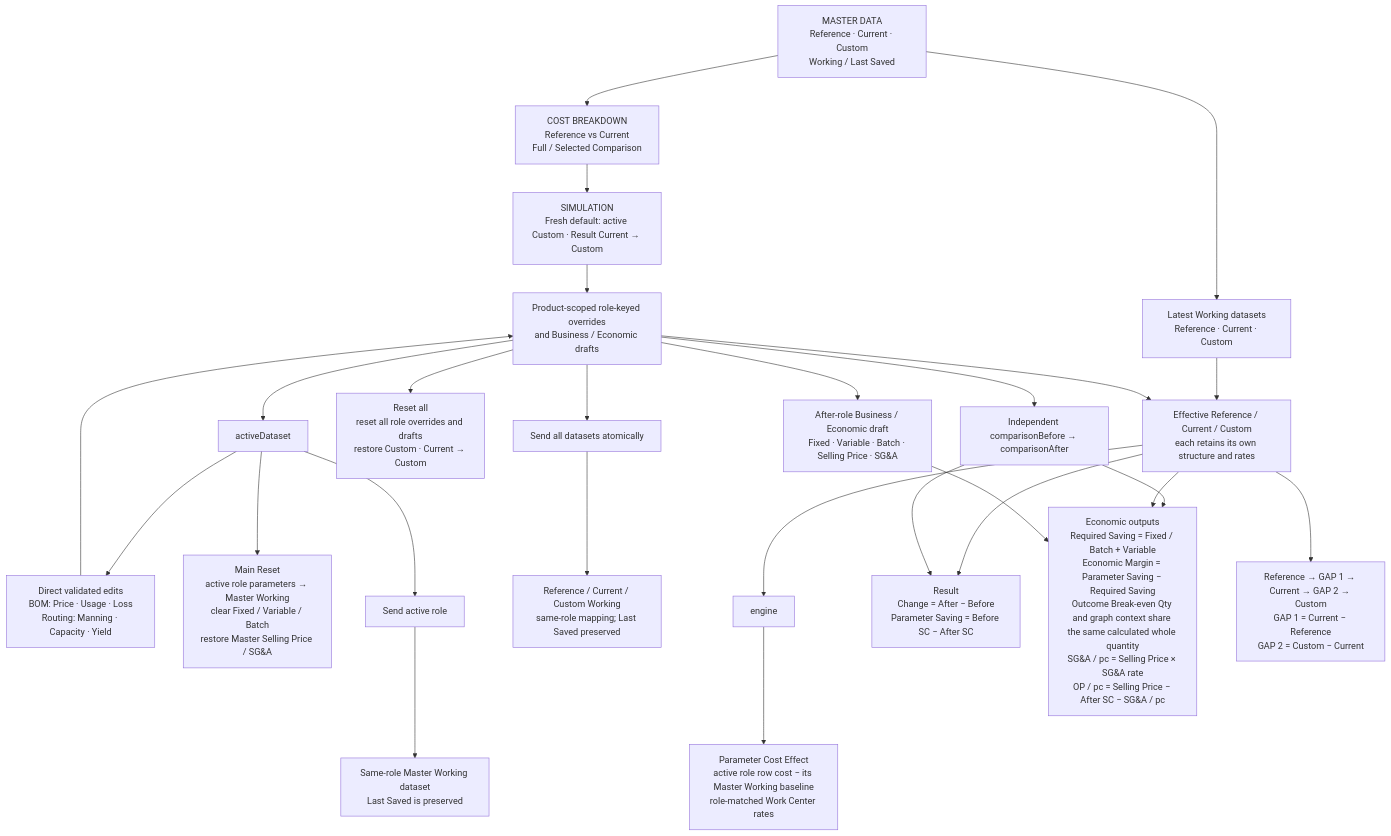
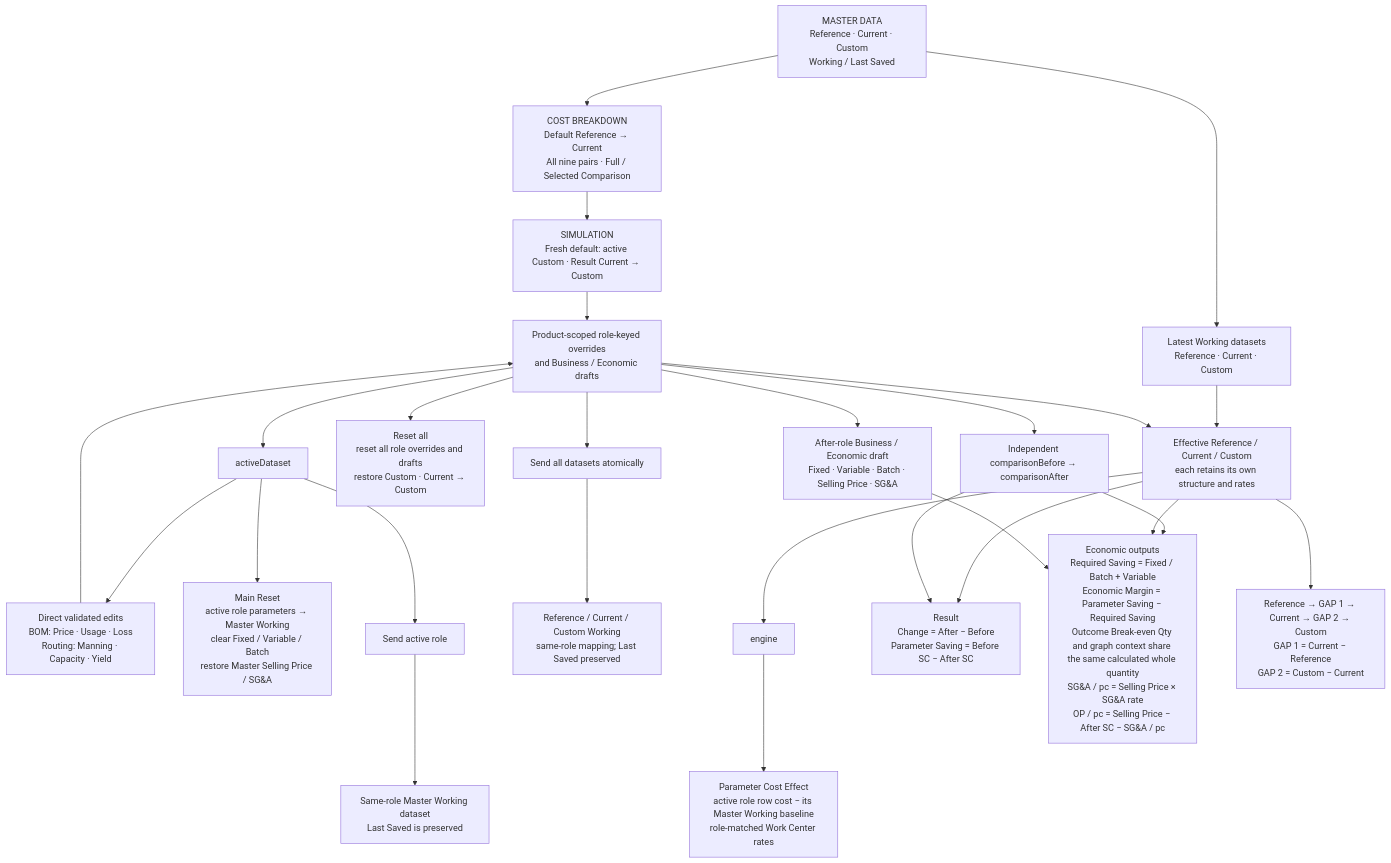
Before and after one commit to apirak-k/COSTBREAKDOWN: the diagram in docs/SYSTEM_LOGIC_DIAGRAM.md, drawn with Mermaid. The commit also changed other lines of this file and 43 other files, not shown here.

Commit message:
chore: finalize ref current custom flow

````diff
--- a/docs/SYSTEM_LOGIC_DIAGRAM.md
+++ b/docs/SYSTEM_LOGIC_DIAGRAM.md
@@ -37,33 +37,33 @@
 ```mermaid
 flowchart TD
-    master["MASTER DATA<br/>Reference · Current · Custom<br/>Working / Last Saved"] --> cbd["COST BREAKDOWN<br/>Reference vs Current<br/>Full / Selected Comparison"]
+    master["MASTER DATA<br/>Reference · Current · Custom<br/>Working / Last Saved"] --> cbd["COST BREAKDOWN<br/>Default Reference → Current<br/>All nine pairs · Full / Selected Comparison"]
     cbd --> sim["SIMULATION<br/>Fresh default: active Custom · Result Current → Custom"]
 
     master --> working["Latest Working datasets<br/>Reference · Current · Custom"]
     sim --> workspace["Product-scoped role-keyed overrides<br/>and Business / Economic drafts"]
     working --> effective["Effective Reference / Current / Custom<br/>each retains its own structure and rates"]
     workspace --> effective
 
     workspace --> active["activeDataset"]
     active --> edits["Direct validated edits<br/>BOM: Price · Usage · Loss<br/>Routing: Manning · Capacity · Yield"]
     edits --> workspace
     active --> reset["Main Reset<br/>active role parameters → Master Working<br/>clear Fixed / Variable / Batch<br/>restore Master Selling Price / SG&A"]
     active --> send["Send active role"]
     send --> sameRole["Same-role Master Working dataset<br/>Last Saved is preserved"]
     workspace --> resetAll["Reset all<br/>reset all role overrides and drafts<br/>restore Custom · Current → Custom"]
     workspace --> sendAll["Send all datasets atomically"]
     sendAll --> allRoles["Reference / Current / Custom Working<br/>same-role mapping; Last Saved preserved"]
 
     effective --> engine
     engine --> effects["Parameter Cost Effect<br/>active role row cost − its Master Working baseline<br/>role-matched Work Center rates"]
 
     workspace --> pair["Independent comparisonBefore → comparisonAfter"]
     effective --> result["Result<br/>Change = After − Before<br/>Parameter Saving = Before SC − After SC"]
     pair --> result
     workspace --> econ["After-role Business / Economic draft<br/>Fixed · Variable · Batch · Selling Price · SG&A"]
     pair --> econCalc["Economic outputs<br/>Required Saving = Fixed / Batch + Variable<br/>Economic Margin = Parameter Saving − Required Saving<br/>Outcome Break-even Qty and graph context share the same calculated whole quantity<br/>SG&A / pc = Selling Price × SG&A rate<br/>OP / pc = Selling Price − After SC − SG&A / pc"]
     effective --> econCalc
     econ --> econCalc
 
     effective --> story["Reference → GAP 1 → Current → GAP 2 → Custom<br/>GAP 1 = Current − Reference<br/>GAP 2 = Custom − Current"]
 ```
````
